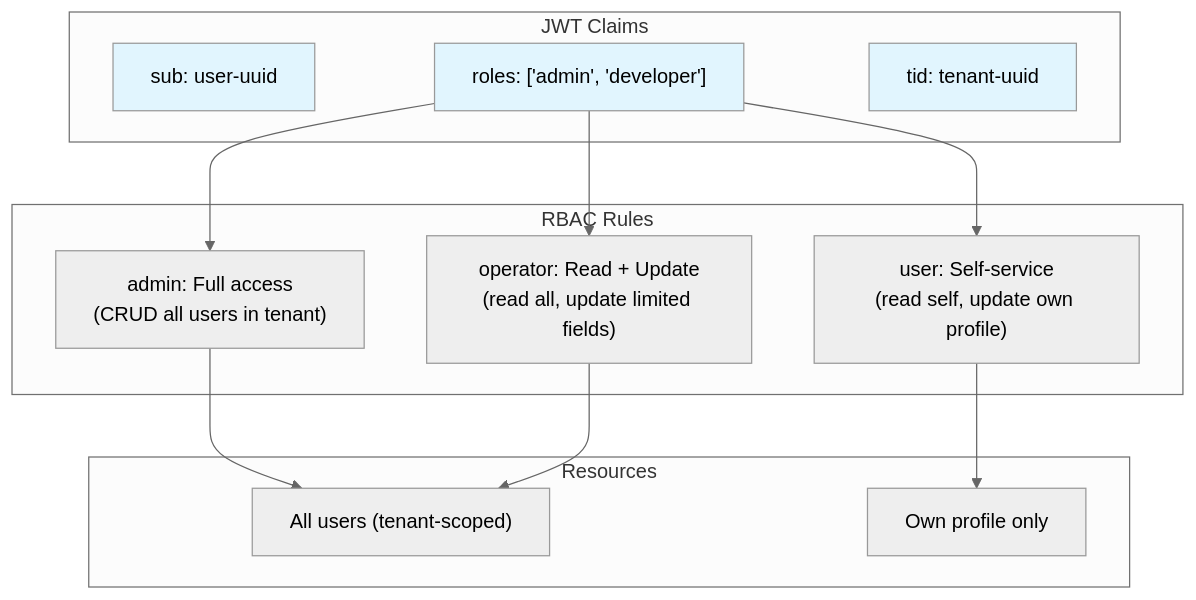
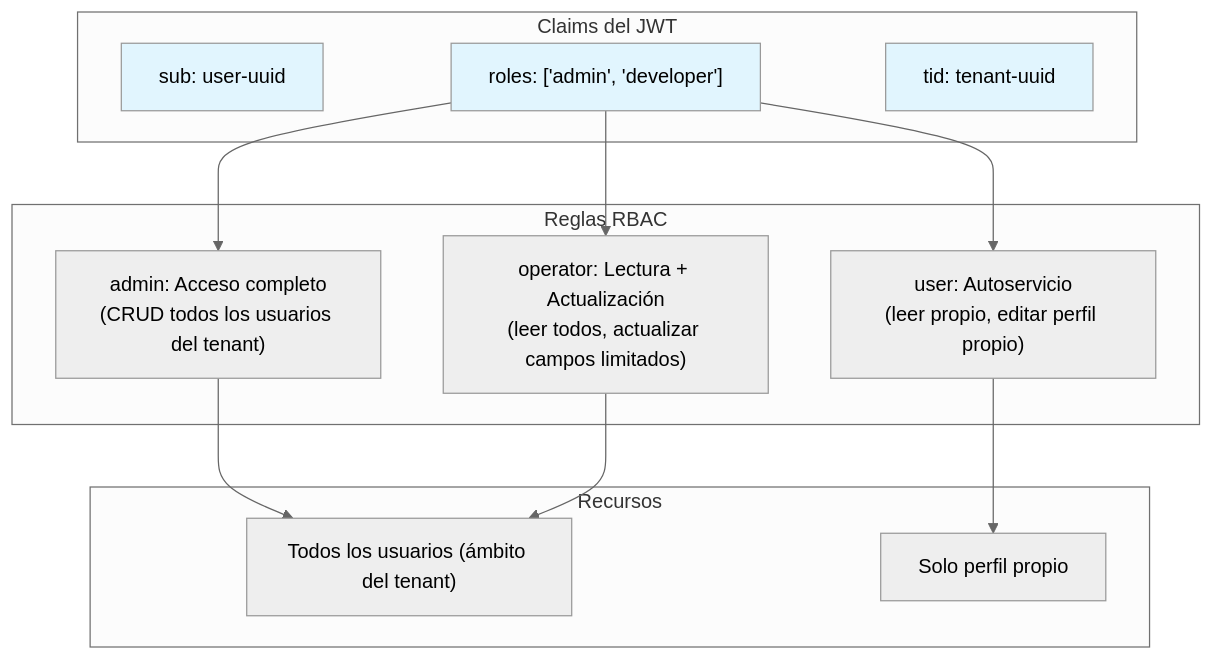
The second of 2 diagrams in docs/architecture/security.md (nalyd2/users-demo-backstage), drawn with Mermaid (neutral theme) before and after one commit. The commit also changed other lines of this file and 52 other files, not shown here.

````diff
--- a/docs/architecture/security.md
+++ b/docs/architecture/security.md
@@ -66,31 +66,31 @@
 ```mermaid
 graph TD
-    subgraph "JWT Claims"
+    subgraph "Claims del JWT"
         sub["sub: user-uuid"]
         roles["roles: ['admin', 'developer']"]
         tid["tid: tenant-uuid"]
     end
 
-    subgraph "RBAC Rules"
-        admin["admin: Full access<br/>(CRUD all users in tenant)"]
-        operator["operator: Read + Update<br/>(read all, update limited fields)"]
-        user["user: Self-service<br/>(read self, update own profile)"]
+    subgraph "Reglas RBAC"
+        admin["admin: Acceso completo<br/>(CRUD todos los usuarios del tenant)"]
+        operator["operator: Lectura + Actualización<br/>(leer todos, actualizar campos limitados)"]
+        user["user: Autoservicio<br/>(leer propio, editar perfil propio)"]
     end
 
     roles --> admin
     roles --> operator
     roles --> user
 
-    subgraph "Resources"
-        all_users["All users (tenant-scoped)"]
-        own_profile["Own profile only"]
+    subgraph "Recursos"
+        all_users["Todos los usuarios (ámbito del tenant)"]
+        own_profile["Solo perfil propio"]
     end
 
     admin --> all_users
     operator --> all_users
     user --> own_profile
 
     style sub fill:#e1f5fe
     style roles fill:#e1f5fe
     style tid fill:#e1f5fe
 ```
````
